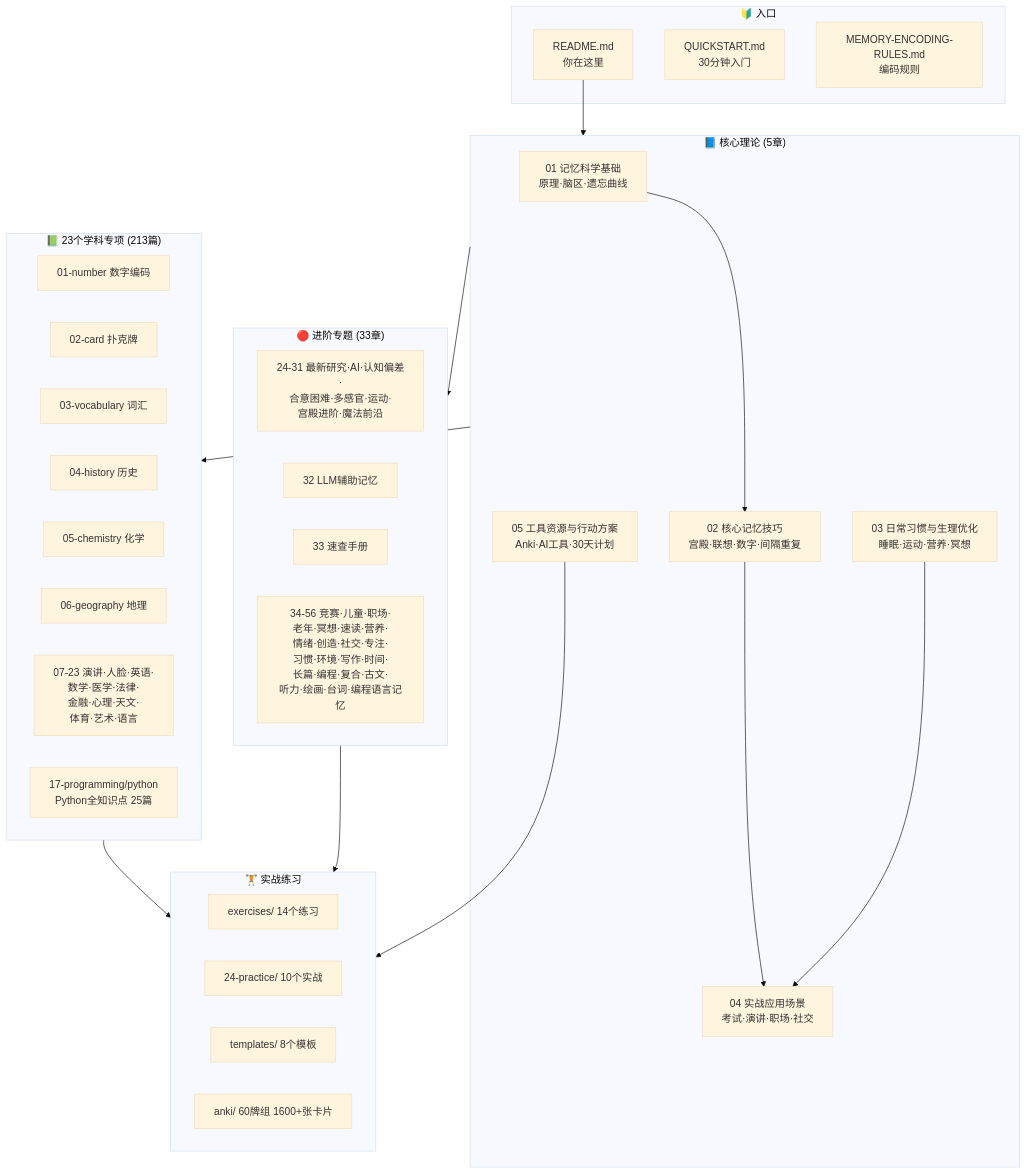
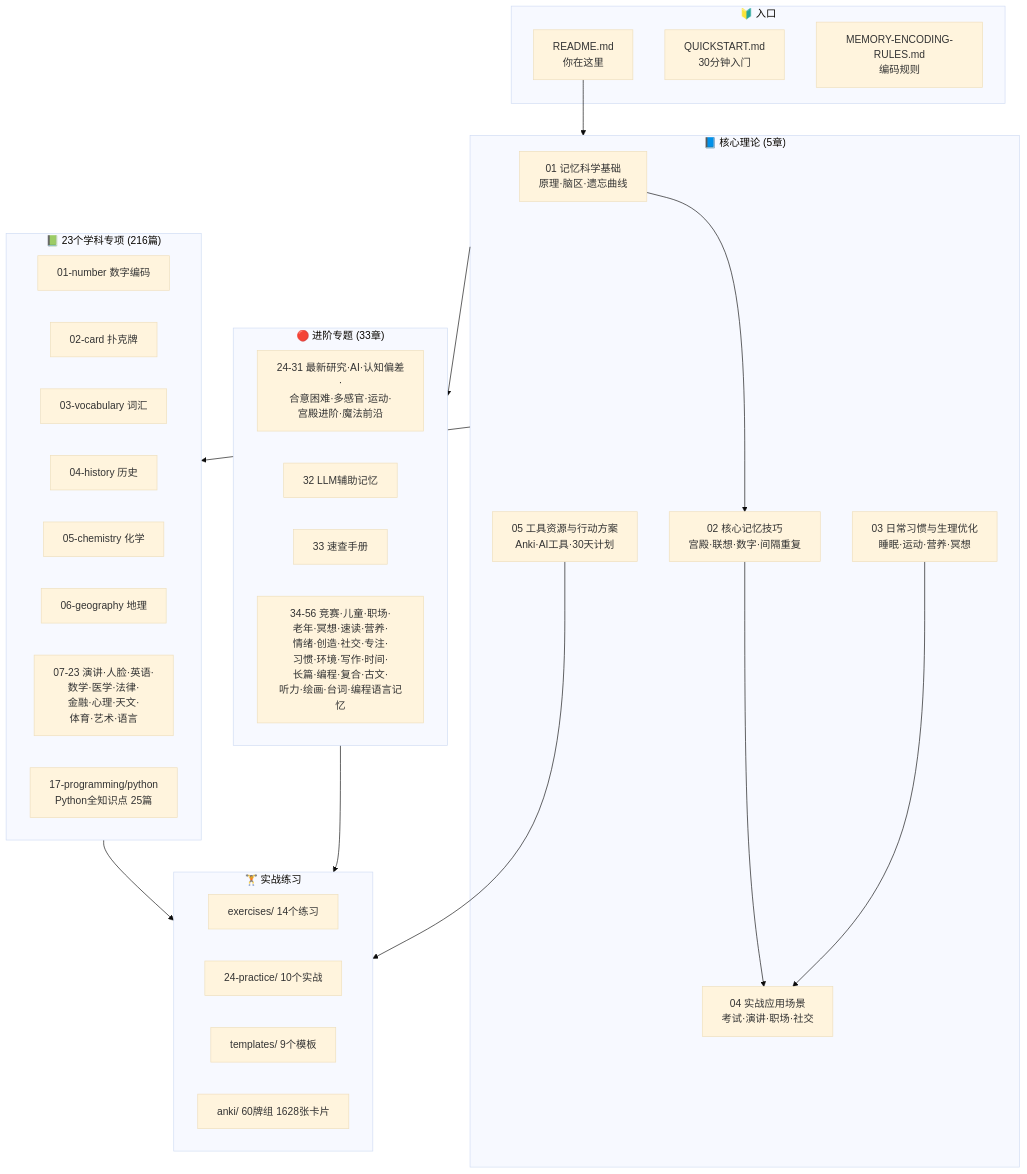
One commit to brother2050/memory-guide changed the first of 2 diagrams in README.md. Above: the diagram before and after it, drawn with Mermaid (base theme). The commit also changed other lines of this file and 213 other files, not shown here.

````diff
--- a/README.md
+++ b/README.md
@@ -72,52 +72,52 @@
 ```mermaid
 graph TB
     subgraph 入口["🔰 入口"]
         README["README.md\n你在这里"]
         QS["QUICKSTART.md\n30分钟入门"]
         RULES["MEMORY-ENCODING-RULES.md\n编码规则"]
     end
 
     subgraph core["📘 核心理论 (5章)"]
         C01["01 记忆科学基础\n原理·脑区·遗忘曲线"]
         C02["02 核心记忆技巧\n宫殿·联想·数字·间隔重复"]
         C03["03 日常习惯与生理优化\n睡眠·运动·营养·冥想"]
         C04["04 实战应用场景\n考试·演讲·职场·社交"]
         C05["05 工具资源与行动方案\nAnki·AI工具·30天计划"]
     end
 
-    subgraph special["📗 23个学科专项 (213篇)"]
+    subgraph special["📗 23个学科专项 (216篇)"]
         NUM["01-number 数字编码"]
         CARD["02-card 扑克牌"]
         VOCAB["03-vocabulary 词汇"]
         HIST["04-history 历史"]
         CHEM["05-chemistry 化学"]
         GEO["06-geography 地理"]
         MORE["07-23 演讲·人脸·英语·\n数学·医学·法律·\n金融·心理·天文·\n体育·艺术·语言"]
         PYTHON["17-programming/python\nPython全知识点 25篇"]
     end
 
     subgraph advanced["🔴 进阶专题 (33章)"]
         A24["24-31 最新研究·AI·认知偏差·\n合意困难·多感官·运动·\n宫殿进阶·魔法前沿"]
         A32["32 LLM辅助记忆"]
         A33["33 速查手册"]
         A34["34-56 竞赛·儿童·职场·\n老年·冥想·速读·营养·\n情绪·创造·社交·专注·\n习惯·环境·写作·时间·\n长篇·编程·复合·古文·\n听力·绘画·台词·编程语言记忆"]
     end
 
     subgraph practice["🏋️ 实战练习"]
         EX["exercises/ 14个练习"]
         PR["24-practice/ 10个实战"]
-        TM["templates/ 8个模板"]
-        AN["anki/ 60牌组 1600+张卡片"]
+        TM["templates/ 9个模板"]
+        AN["anki/ 60牌组 1628张卡片"]
     end
 
     README --> core
     core --> special
     core --> advanced
     special --> practice
     advanced --> practice
 
     C01 --> C02
     C02 --> C04
     C03 --> C04
     C05 --> practice
 ```
````
